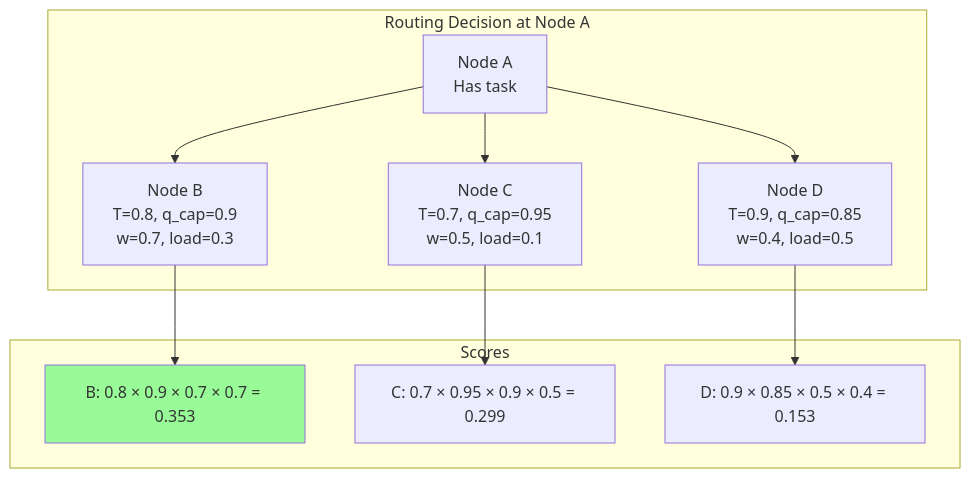
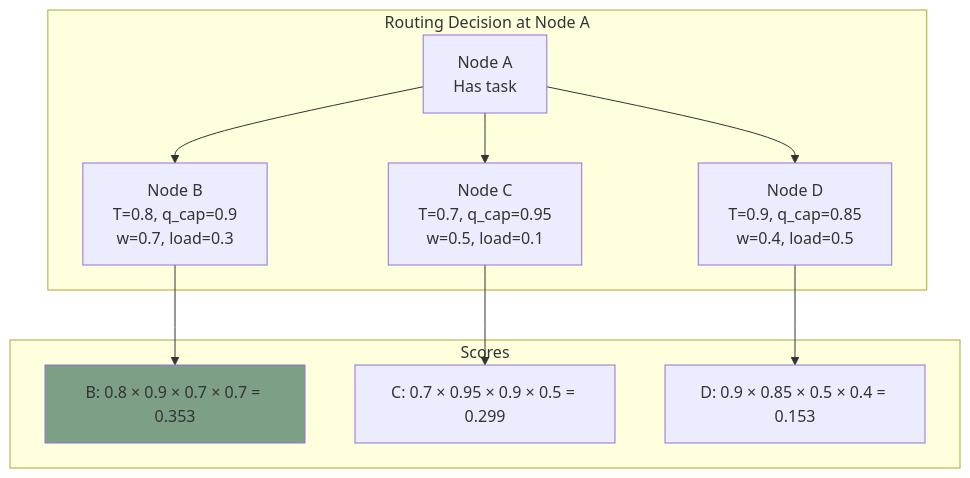
One commit to ScopeCreep-zip/Symbiont changed diagram 11 of 16 in docs/architecture/network.md. Above: the diagram before and after it, drawn with Mermaid. The commit also changed other lines of this file and 17 other files, not shown here.

Commit message:
update to diagram colors

````diff
--- a/docs/architecture/network.md
+++ b/docs/architecture/network.md
@@ -390,26 +390,26 @@
 ```mermaid
 graph TB
     subgraph "Routing Decision at Node A"
         A[Node A<br/>Has task]
 
         B[Node B<br/>T=0.8, q_cap=0.9<br/>w=0.7, load=0.3]
         C[Node C<br/>T=0.7, q_cap=0.95<br/>w=0.5, load=0.1]
         D[Node D<br/>T=0.9, q_cap=0.85<br/>w=0.4, load=0.5]
 
         A --> B
         A --> C
         A --> D
     end
 
     subgraph "Scores"
         SB[B: 0.8 × 0.9 × 0.7 × 0.7 = 0.353]
         SC[C: 0.7 × 0.95 × 0.9 × 0.5 = 0.299]
         SD[D: 0.9 × 0.85 × 0.5 × 0.4 = 0.153]
     end
 
     B --> SB
     C --> SC
     D --> SD
 
-    style SB fill:#98FB98
+    style SB fill:#7d9f85
 ```
````
